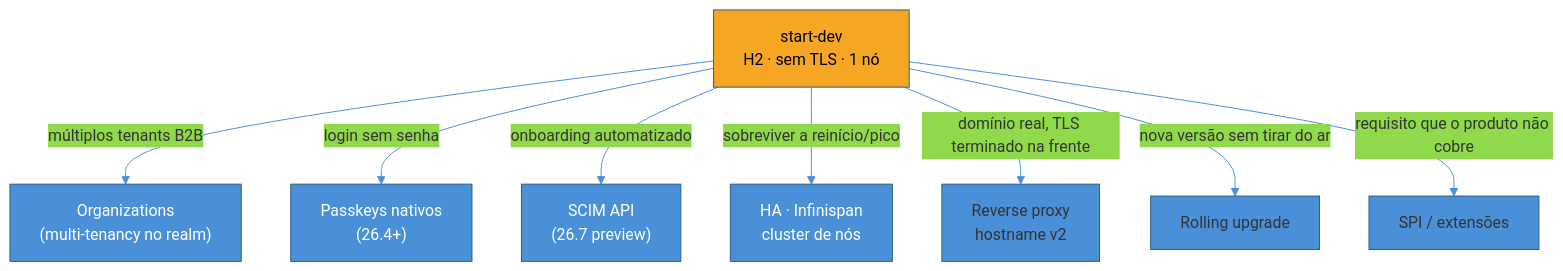
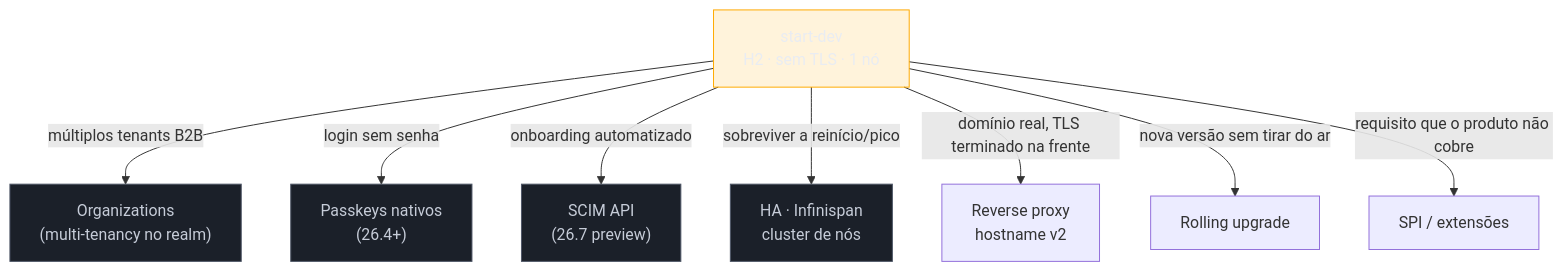
Before and after one commit to josenaldo/codex-technomanticus: the first of 5 diagrams in 03-Dominios/Engenharia/Auth e Identidade/5 - Keycloak/02 - Keycloak em produção.md, drawn with Mermaid. The commit also changed other lines of this file and 1181 other files, not shown here.

First line of the commit message:
fix(diagramas): paleta do sistema no lugar de cor cravada no markdown

````diff
--- a/03-Dominios/Engenharia/Auth e Identidade/5 - Keycloak/02 - Keycloak em produção.md
+++ b/03-Dominios/Engenharia/Auth e Identidade/5 - Keycloak/02 - Keycloak em produção.md
@@ -38,17 +38,18 @@
 ```mermaid
-%%{init: {"theme": "base", "themeVariables": {"primaryColor": "#4A90D9", "primaryBorderColor": "#2E5C8A", "lineColor": "#4A90D9"}}}%%
 graph TD
+    classDef destaque fill:#FFAA0024,stroke:#FFAA00,color:#E9ECF2
+    classDef neutro fill:#1B2029,stroke:#4E5666,color:#C6CCD8
     Dev["start-dev<br/>H2 · sem TLS · 1 nó"] -->|"múltiplos tenants B2B"| Org["Organizations<br/>(multi-tenancy no realm)"]
     Dev -->|"login sem senha"| PK["Passkeys nativos<br/>(26.4+)"]
     Dev -->|"onboarding automatizado"| SCIM["SCIM API<br/>(26.7 preview)"]
     Dev -->|"sobreviver a reinício/pico"| HA["HA · Infinispan<br/>cluster de nós"]
     Dev -->|"domínio real, TLS terminado na frente"| Proxy["Reverse proxy<br/>hostname v2"]
     Dev -->|"nova versão sem tirar do ar"| Upgrade["Rolling upgrade"]
     Dev -->|"requisito que o produto não cobre"| SPI["SPI / extensões"]
 
-    style Dev fill:#F5A623,color:#000
-    style Org fill:#4A90D9,color:#fff
-    style PK fill:#4A90D9,color:#fff
-    style SCIM fill:#4A90D9,color:#fff
-    style HA fill:#4A90D9,color:#fff
+    class Dev destaque
+    class Org neutro
+    class PK neutro
+    class SCIM neutro
+    class HA neutro
 ```
````
